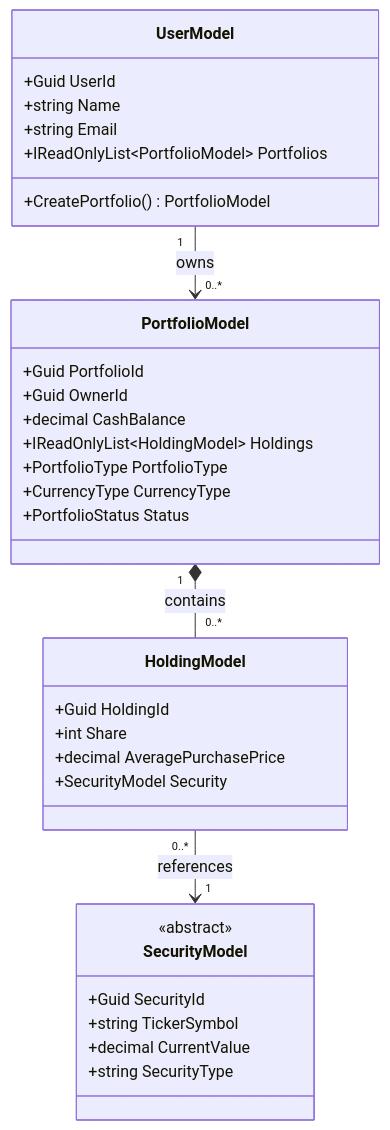
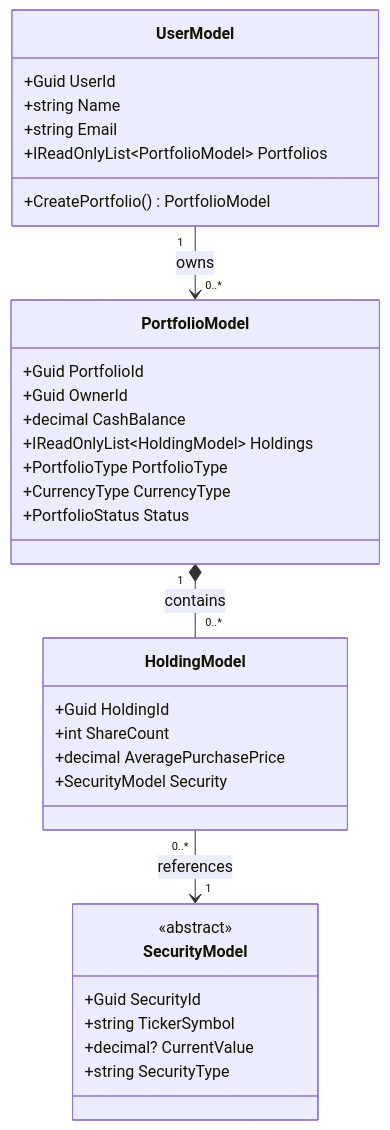
The diagram in README.md (Myo-Myat-Thiha/Sep2026), drawn with Mermaid before and after one commit. The commit also changed other lines of this file and 36 other files, not shown here.

Commit message:
refactor(Project Structure) + feat(Connect DB via EFcore): Refactor the project using the clean architecture and Connect the EfCore using the Database First scoldfold and create the entity based on the DB table

````diff
--- a/README.md
+++ b/README.md
@@ -3,41 +120,41 @@
 ```mermaid
 classDiagram
     direction TB
 
     class UserModel {
         +Guid UserId
         +string Name
         +string Email
         +IReadOnlyList~PortfolioModel~ Portfolios
         +CreatePortfolio() PortfolioModel
     }
 
     class PortfolioModel {
         +Guid PortfolioId
         +Guid OwnerId
         +decimal CashBalance
         +IReadOnlyList~HoldingModel~ Holdings
         +PortfolioType PortfolioType
         +CurrencyType CurrencyType
         +PortfolioStatus Status
     }
 
     class HoldingModel {
         +Guid HoldingId
-        +int Share
+        +int ShareCount
         +decimal AveragePurchasePrice
         +SecurityModel Security
     }
 
     class SecurityModel {
         <<abstract>>
         +Guid SecurityId
         +string TickerSymbol
-        +decimal CurrentValue
+        +decimal? CurrentValue
         +string SecurityType
     }
 
     UserModel "1" --> "0..*" PortfolioModel : owns
     PortfolioModel "1" *-- "0..*" HoldingModel : contains
     HoldingModel "0..*" --> "1" SecurityModel : references
 ```
````
